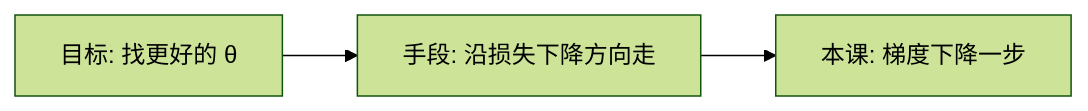
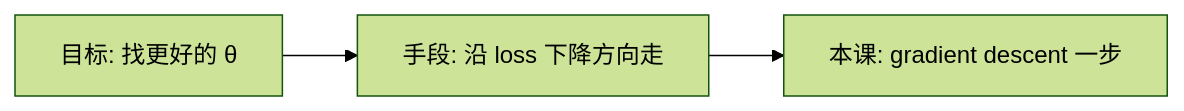
The first of 5 diagrams in .grok/skills/first-principles-learn/references/examples.md (hdy117/3dgs_tutorial), drawn with Mermaid (forest theme) before and after one commit. The commit also changed other lines of this file and 13 other files, not shown here.

````diff
--- a/.grok/skills/first-principles-learn/references/examples.md
+++ b/.grok/skills/first-principles-learn/references/examples.md
@@ -19,5 +24,5 @@
 ```mermaid
 flowchart LR
-  A[目标: 找更好的 θ] --> B[手段: 沿损失下降方向走]
-  B --> C[本课: 梯度下降一步]
+  A["目标: 找更好的 θ"] --> B["手段: 沿 loss 下降方向走"]
+  B --> C["本课: gradient descent 一步"]
 ```
````
